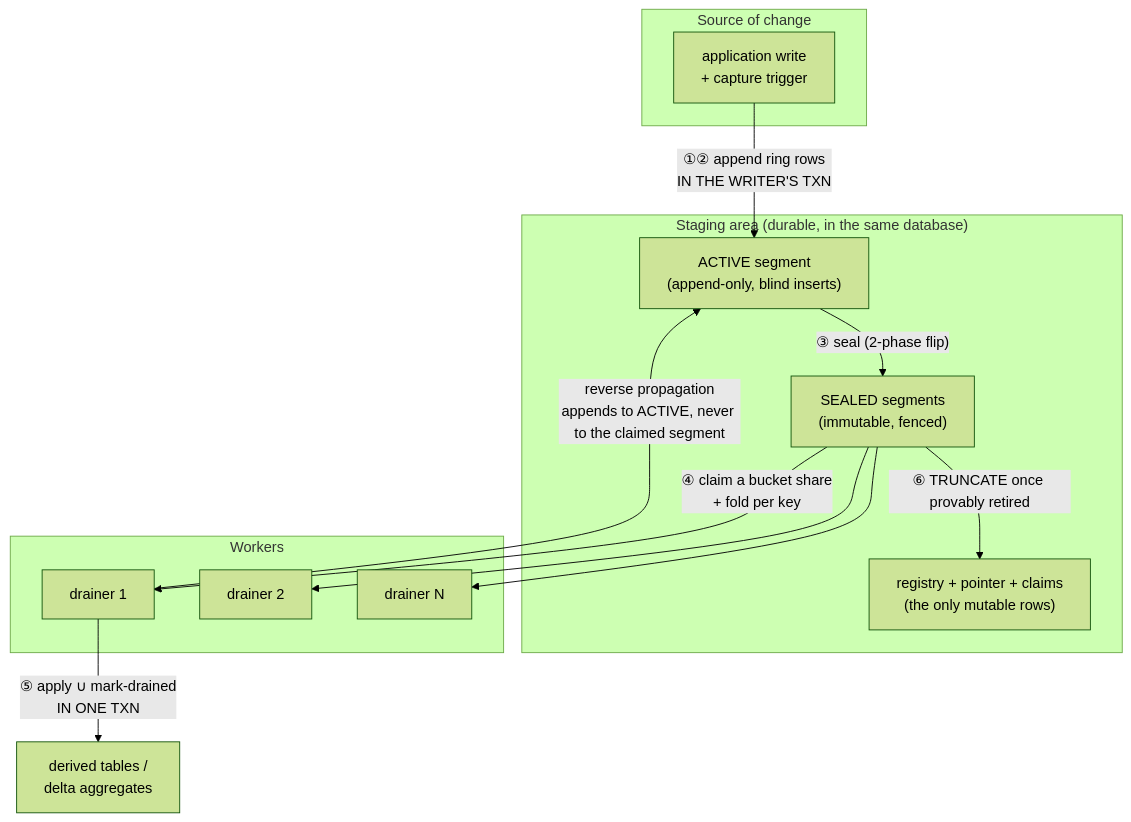
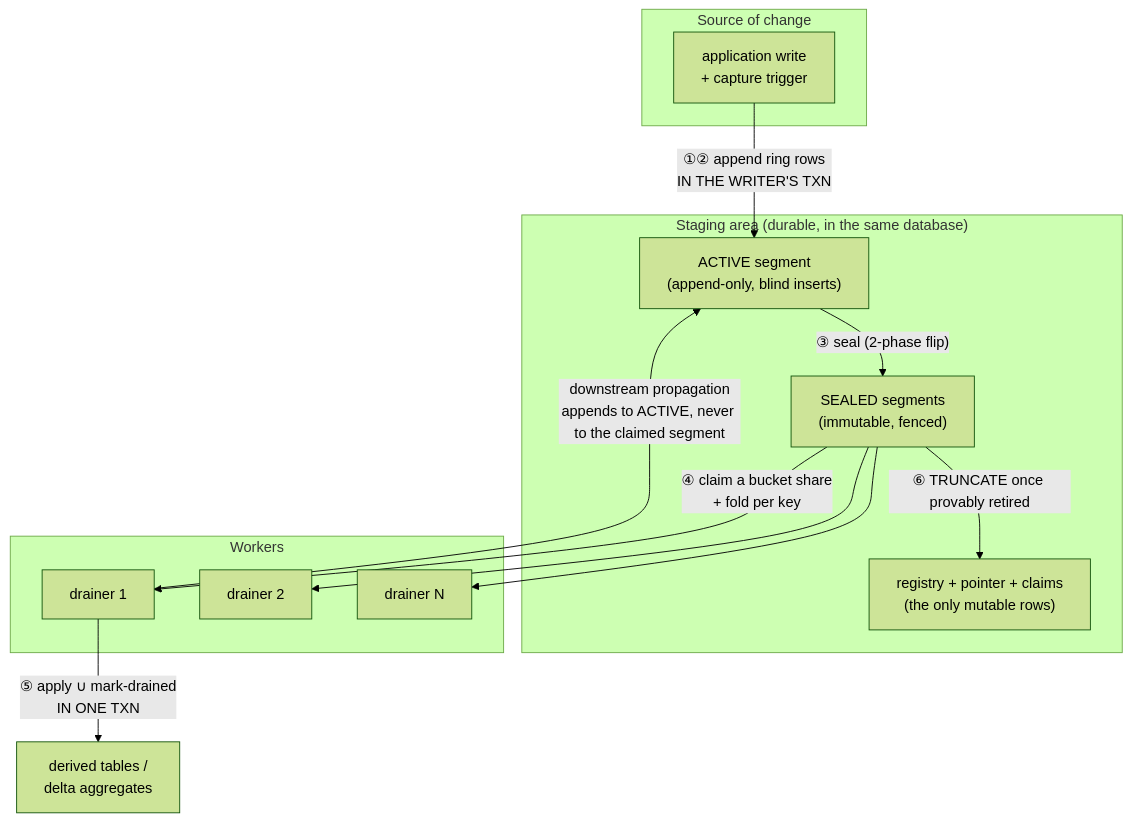
Before and after one commit to mmmries/trellis: the diagram in docs/staging-and-claiming/README.md, drawn with Mermaid (forest theme). The commit also changed 100 other files, not shown here.

````diff
--- a/docs/staging-and-claiming/README.md
+++ b/docs/staging-and-claiming/README.md
@@ -39,29 +39,29 @@
 ```mermaid
 flowchart TB
     subgraph src["Source of change"]
         SRC["application write\n+ capture trigger"]
     end
 
     subgraph stage["Staging area (durable, in the same database)"]
         ACT["ACTIVE segment\n(append-only, blind inserts)"]
         SEALED["SEALED segments\n(immutable, fenced)"]
         REG["registry + pointer + claims\n(the only mutable rows)"]
     end
 
     subgraph work["Workers"]
         D1["drainer 1"]
         D2["drainer 2"]
         DN["drainer N"]
     end
 
     TGT["derived tables /\ndelta aggregates"]
 
     SRC -->|"①② append ring rows\nIN THE WRITER'S TXN"| ACT
     ACT -->|"③ seal (2-phase flip)"| SEALED
     SEALED -->|"④ claim a bucket share\n+ fold per key"| D1
     SEALED --> D2
     SEALED --> DN
     D1 -->|"⑤ apply ∪ mark-drained\nIN ONE TXN"| TGT
-    D1 -->|"reverse propagation\nappends to ACTIVE, never to the claimed segment"| ACT
+    D1 -->|"downstream propagation\nappends to ACTIVE, never to the claimed segment"| ACT
     SEALED -->|"⑥ TRUNCATE once provably retired"| REG
 ```
````
